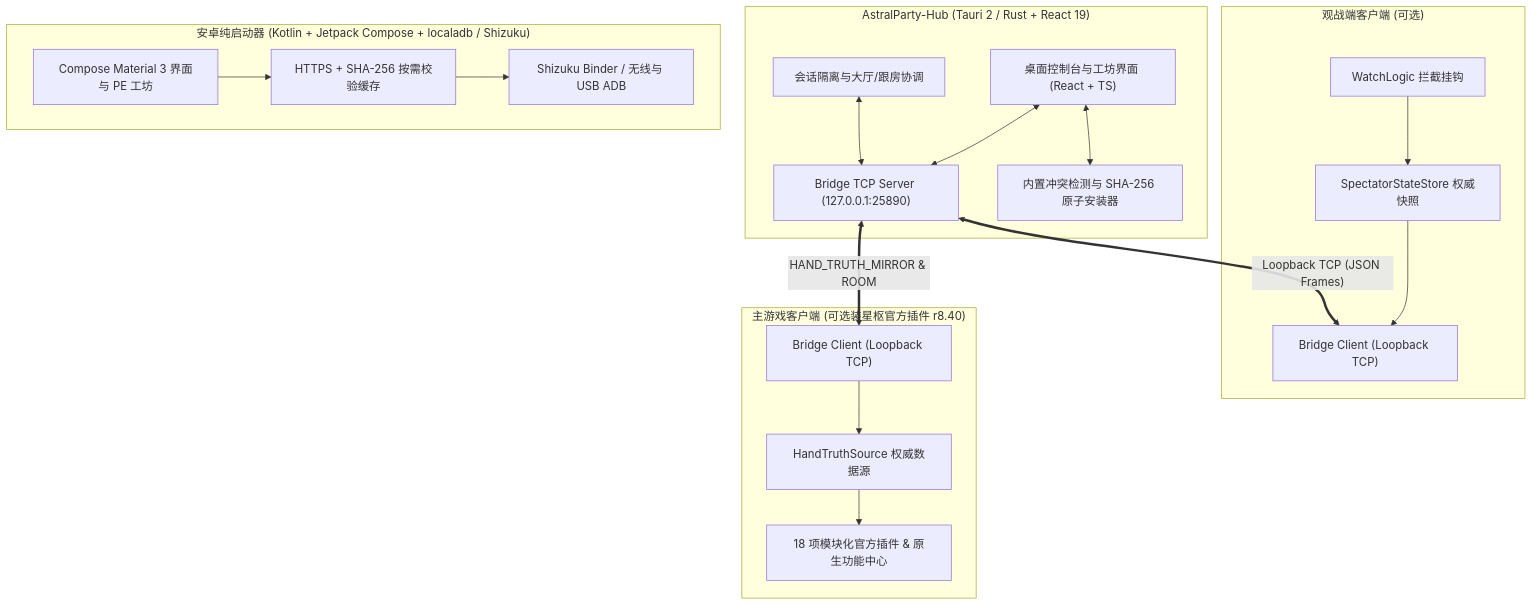
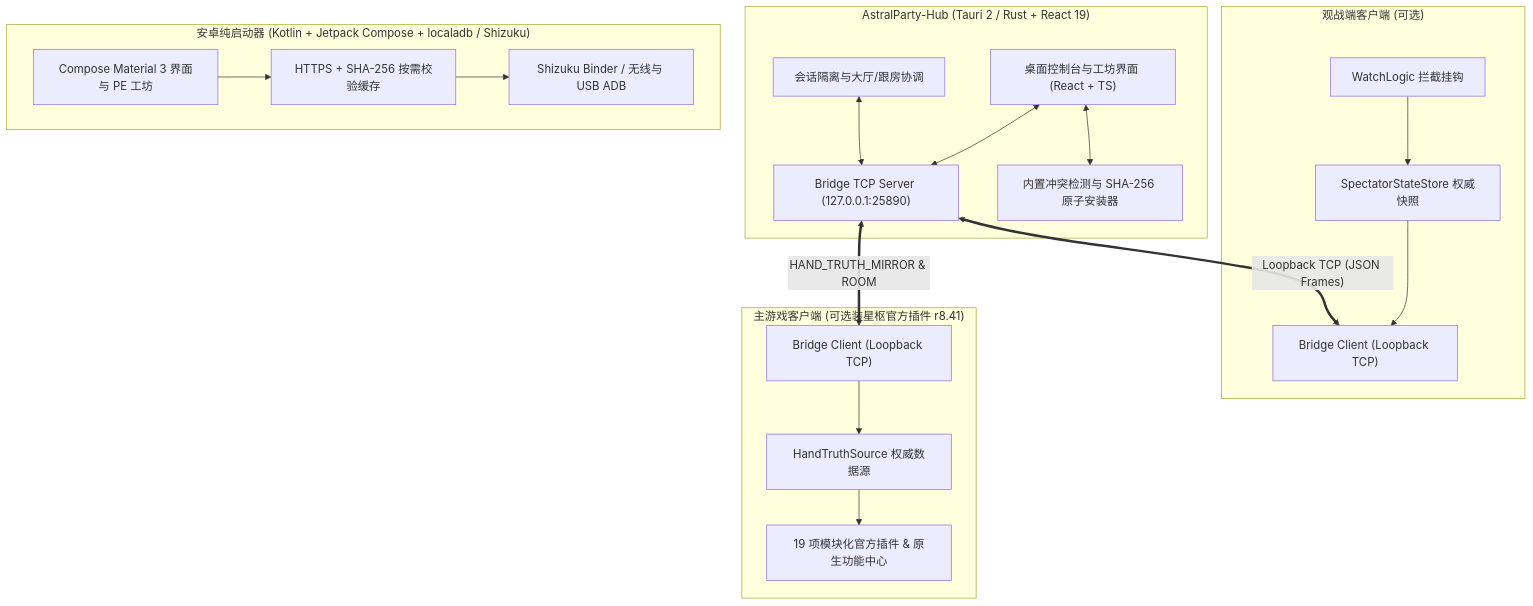
Before and after one commit to Breezecaresses/AstralParty-XingShu: the diagram in README_CN.md, drawn with Mermaid. The commit also changed other lines of this file and 68 other files, not shown here.

````diff
--- a/README_CN.md
+++ b/README_CN.md
@@ -73,36 +73,36 @@
 ```mermaid
 flowchart TD
     subgraph Hub["AstralParty-Hub (Tauri 2 / Rust + React 19)"]
         UI["桌面控制台与工坊界面 (React + TS)"]
         FSM["会话隔离与大厅/跟房协调"]
         TCPServer["Bridge TCP Server (127.0.0.1:25890)"]
         Workshop["内置冲突检测与 SHA-256 原子安装器"]
         UI <--> TCPServer
         UI <--> Workshop
         FSM <--> TCPServer
     end
 
     subgraph RuntimeSpectator["观战端客户端 (可选)"]
         SpecHook["WatchLogic 拦截挂钩"]
         SpecStore["SpectatorStateStore 权威快照"]
         SpecBridge["Bridge Client (Loopback TCP)"]
         SpecHook --> SpecStore --> SpecBridge
     end
 
-    subgraph RuntimeMain["主游戏客户端 (可选装星枢官方插件 r8.40)"]
+    subgraph RuntimeMain["主游戏客户端 (可选装星枢官方插件 r8.41)"]
         MainBridge["Bridge Client (Loopback TCP)"]
         TruthSource["HandTruthSource 权威数据源"]
-        Modules["18 项模块化官方插件 & 原生功能中心"]
+        Modules["19 项模块化官方插件 & 原生功能中心"]
         MainBridge --> TruthSource --> Modules
     end
 
     subgraph AndroidApp["安卓纯启动器 (Kotlin + Jetpack Compose + localadb / Shizuku)"]
         MobileUI["Compose Material 3 界面与 PE 工坊"]
         PayloadMgr["HTTPS + SHA-256 按需校验缓存"]
         Privileged["Shizuku Binder / 无线与 USB ADB"]
         MobileUI --> PayloadMgr --> Privileged
     end
 
     TCPServer <== "Loopback TCP (JSON Frames)" ==> SpecBridge
     TCPServer <== "HAND_TRUTH_MIRROR & ROOM" ==> MainBridge
 ```
````
